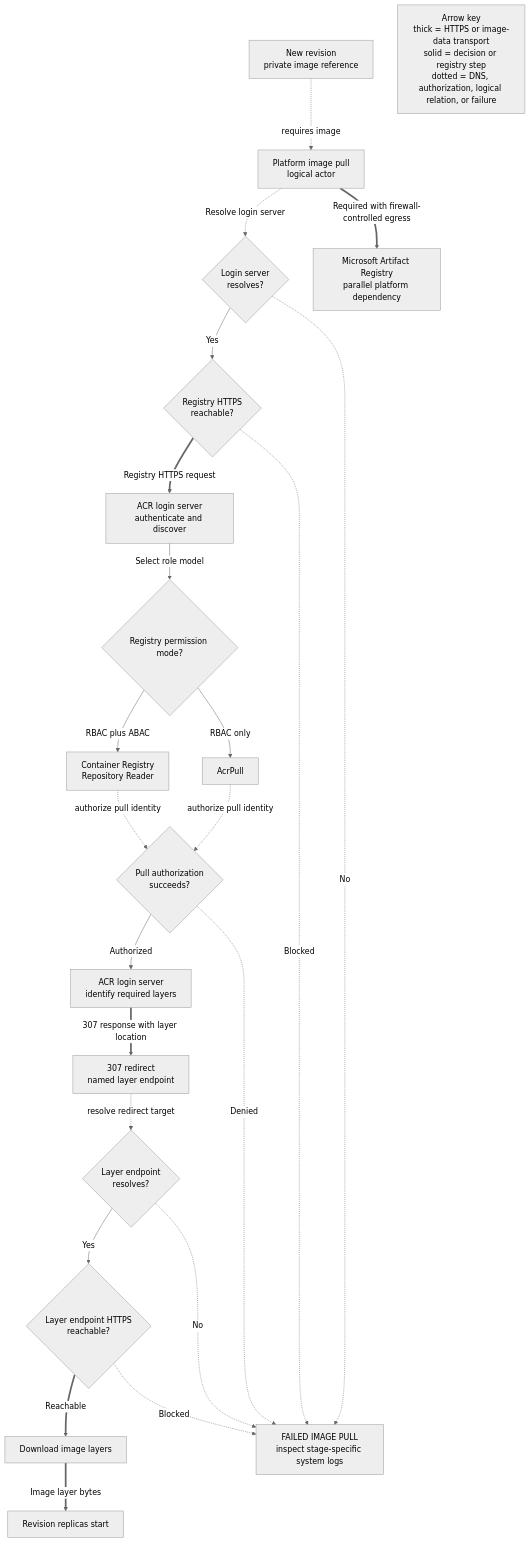
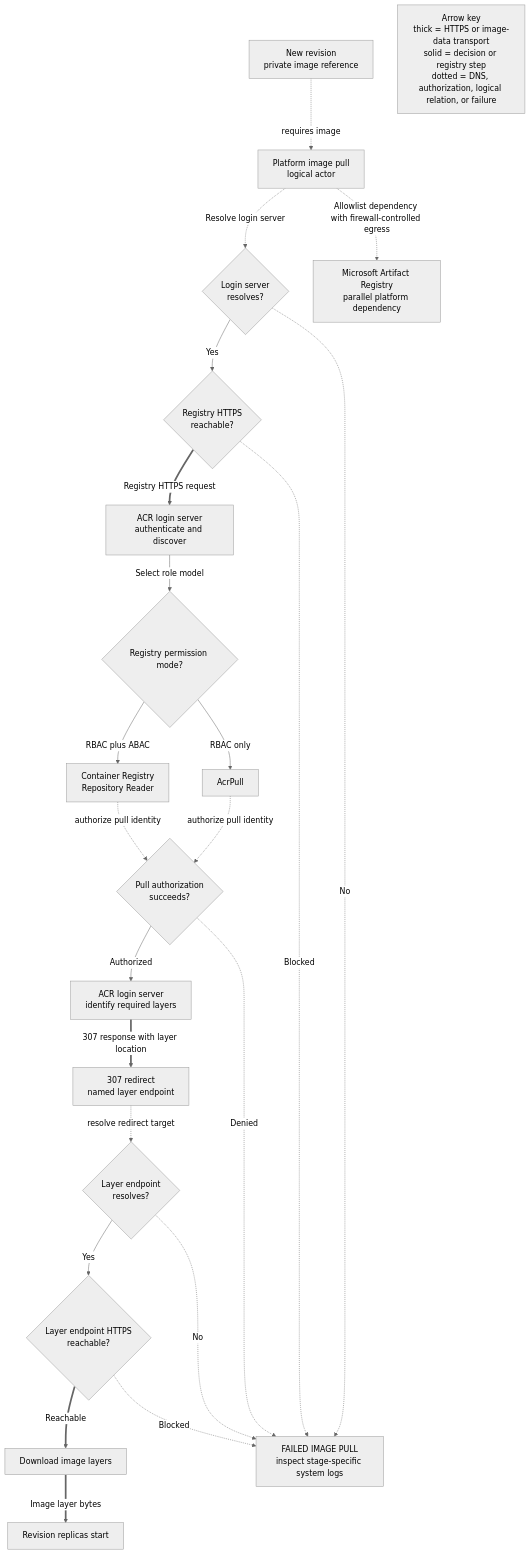
One commit to yeongseon/azure-container-apps-practical-guide changed the diagram in docs/operations/image-pull-and-registry/index.md. Above: the diagram before and after it, drawn with Mermaid (neutral theme). The commit also changed 1 other file, not shown here.

Commit message:
fix(diagrams): mark MCR as an allowlist dependency

````diff
--- a/docs/operations/image-pull-and-registry/index.md
+++ b/docs/operations/image-pull-and-registry/index.md
@@ -146,47 +146,47 @@
 ```mermaid
 flowchart TD
     accTitle: Azure Container Apps image pull decision flow
     accDescr: A new revision needs an image. The platform resolves and reaches the registry login server before authentication and pull authorization. An ABAC-enabled registry requires Container Registry Repository Reader, while an RBAC-only registry requires AcrPull. After authorization, the ACR login server discovers the required layers and responds with an HTTP 307 redirect to a named data endpoint or regional storage endpoint, which must also resolve and accept HTTPS. In firewall-controlled environments, Microsoft Artifact Registry is a separate required platform dependency.
 
     REV_ACTIVE["New revision<br/>private image reference"]
     PULLER["Platform image pull<br/>logical actor"]
     LOGIN_DNS{"Login server<br/>resolves?"}
     LOGIN_HTTPS{"Registry HTTPS<br/>reachable?"}
     ACR["ACR login server<br/>authenticate and discover"]
     MODE{"Registry permission mode?"}
     ABAC["Container Registry<br/>Repository Reader"]
     RBAC["AcrPull"]
     AUTH{"Pull authorization<br/>succeeds?"}
     DISCOVERY["ACR login server<br/>identify required layers"]
     REDIRECT["307 redirect<br/>named layer endpoint"]
     DATA_DNS{"Layer endpoint<br/>resolves?"}
     DATA_HTTPS{"Layer endpoint HTTPS<br/>reachable?"}
     LAYERS["Download image layers"]
     REPLICAS["Revision replicas start"]
     FAIL["FAILED IMAGE PULL<br/>inspect stage-specific system logs"]
     MCR["Microsoft Artifact Registry<br/>parallel platform dependency"]
 
     REV_ACTIVE -.->|"requires image"| PULLER
     PULLER -.->|"Resolve login server"| LOGIN_DNS
     LOGIN_DNS -->|"Yes"| LOGIN_HTTPS
     LOGIN_DNS -.->|"No"| FAIL
     LOGIN_HTTPS ==>|"Registry HTTPS request"| ACR
     LOGIN_HTTPS -.->|"Blocked"| FAIL
     ACR -->|"Select role model"| MODE
     MODE -->|"RBAC plus ABAC"| ABAC
     MODE -->|"RBAC only"| RBAC
     ABAC -.->|"authorize pull identity"| AUTH
     RBAC -.->|"authorize pull identity"| AUTH
     AUTH -->|"Authorized"| DISCOVERY
     AUTH -.->|"Denied"| FAIL
     DISCOVERY ==>|"307 response with layer location"| REDIRECT
     REDIRECT -.->|"resolve redirect target"| DATA_DNS
     DATA_DNS -->|"Yes"| DATA_HTTPS
     DATA_DNS -.->|"No"| FAIL
     DATA_HTTPS ==>|"Reachable"| LAYERS
     DATA_HTTPS -.->|"Blocked"| FAIL
     LAYERS ==>|"Image layer bytes"| REPLICAS
-    PULLER ==>|"Required with firewall-controlled egress"| MCR
+    PULLER -.->|"Allowlist dependency with firewall-controlled egress"| MCR
 
     LEGEND["Arrow key<br/>thick = HTTPS or image-data transport<br/>solid = decision or registry step<br/>dotted = DNS, authorization, logical relation, or failure"]
 ```
````
